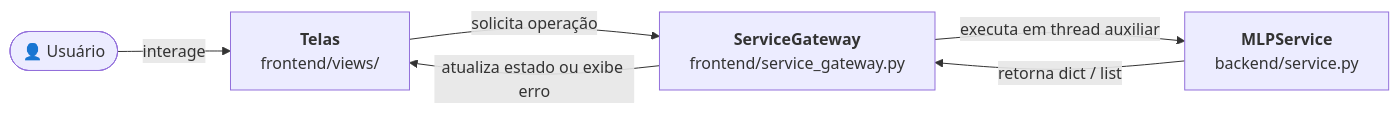
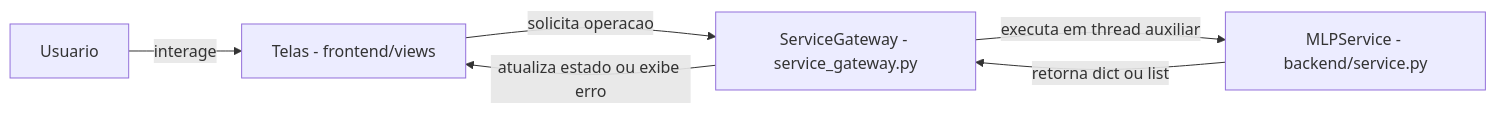
Before and after one commit to LuanVitorCD/construtor_rna_mlp: the diagram in README.md, drawn with Mermaid. The commit also changed other lines of this file, not shown here.

````diff
--- a/README.md
+++ b/README.md
@@ -118,8 +118,8 @@
 ```mermaid
 flowchart LR
-    U(["👤 Usuário"]) -->|"interage"| V["<b>Telas</b><br/>frontend/views/"]
-    V -->|"solicita operação"| G["<b>ServiceGateway</b><br/>frontend/service_gateway.py"]
-    G -->|"executa em thread auxiliar"| S["<b>MLPService</b><br/>backend/service.py"]
-    S -->|"retorna dict / list"| G
-    G -->|"atualiza estado ou exibe erro"| V
+    U[Usuario] -->|interage| V[Telas - frontend/views]
+    V -->|solicita operacao| G[ServiceGateway - service_gateway.py]
+    G -->|executa em thread auxiliar| S[MLPService - backend/service.py]
+    S -->|retorna dict ou list| G
+    G -->|atualiza estado ou exibe erro| V
 ```
````
